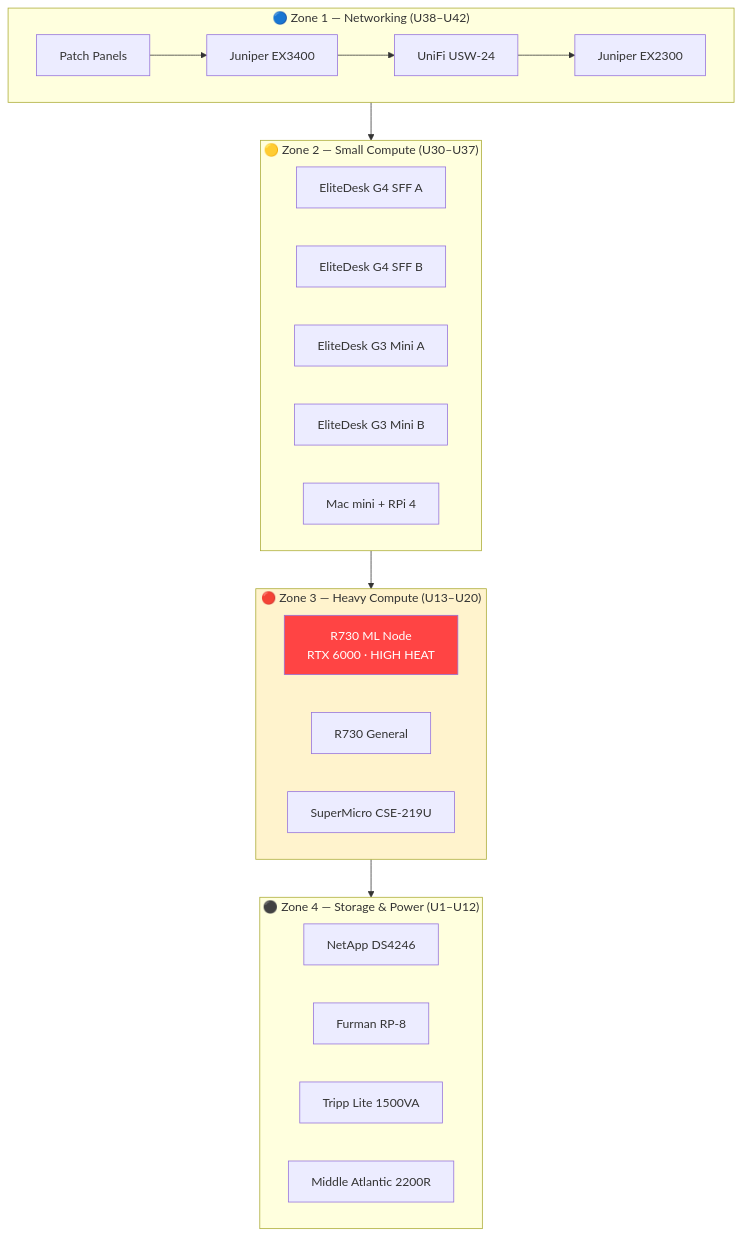
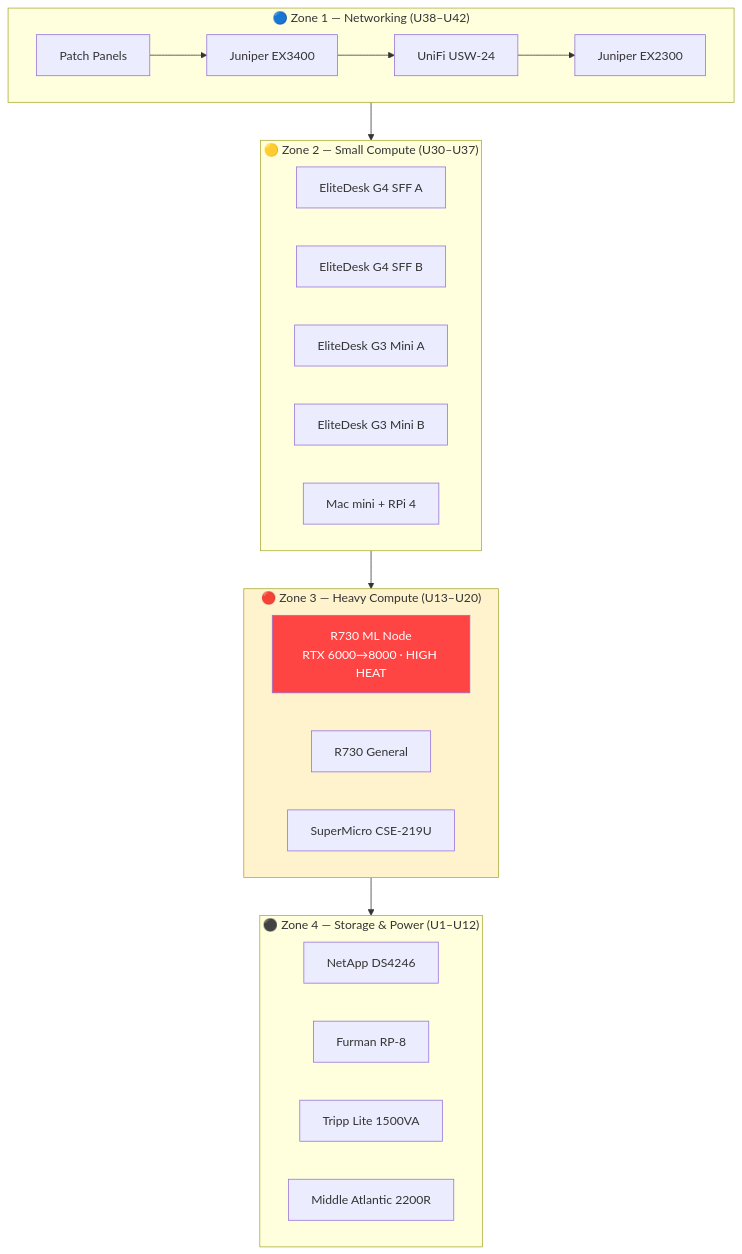
Before and after one commit to machismo0311/dotfiles: the diagram in Vaults/homelab-vault/Rack Layout.md, drawn with Mermaid. The commit also changed other lines of this file and 10 other files, not shown here.

````diff
--- a/Vaults/homelab-vault/Rack Layout.md
+++ b/Vaults/homelab-vault/Rack Layout.md
@@ -74,33 +74,33 @@
 ```mermaid
 flowchart TB
     subgraph TOP["🔵 Zone 1 — Networking (U38–U42)"]
         P1[Patch Panels] --> EX3400[Juniper EX3400]
         EX3400 --> USW[UniFi USW-24]
         USW --> EX2300[Juniper EX2300]
     end
 
     subgraph MID_HIGH["🟡 Zone 2 — Small Compute (U30–U37)"]
         G4A[EliteDesk G4 SFF A] 
         G4B[EliteDesk G4 SFF B]
         G3A[EliteDesk G3 Mini A]
         G3B[EliteDesk G3 Mini B]
         MAC[Mac mini + RPi 4]
     end
 
     subgraph MID_LOW["🔴 Zone 3 — Heavy Compute (U13–U20)"]
-        R730ML[R730 ML Node\nRTX 6000 · HIGH HEAT]
+        R730ML[R730 ML Node\nRTX 6000→8000 · HIGH HEAT]
         R730GEN[R730 General]
         SM[SuperMicro CSE-219U]
     end
 
     subgraph BOTTOM["⚫ Zone 4 — Storage & Power (U1–U12)"]
         DS4246[NetApp DS4246]
         FURMAN[Furman RP-8]
         UPS_A[Tripp Lite 1500VA]
         UPS_B[Middle Atlantic 2200R]
     end
 
     TOP --> MID_HIGH --> MID_LOW --> BOTTOM
     style R730ML fill:#ff4444,color:#fff
     style MID_LOW fill:#fff3cd
 ```
````
